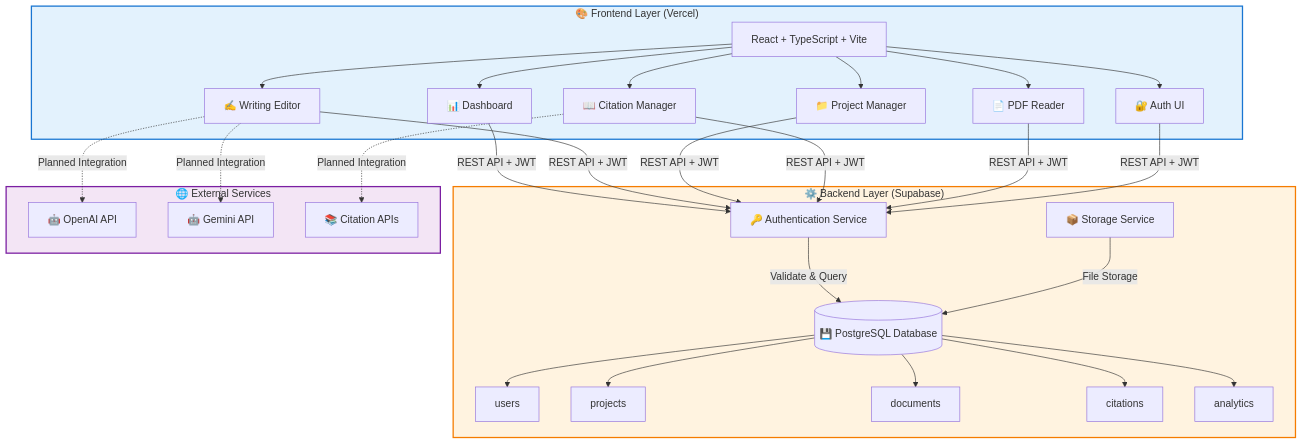
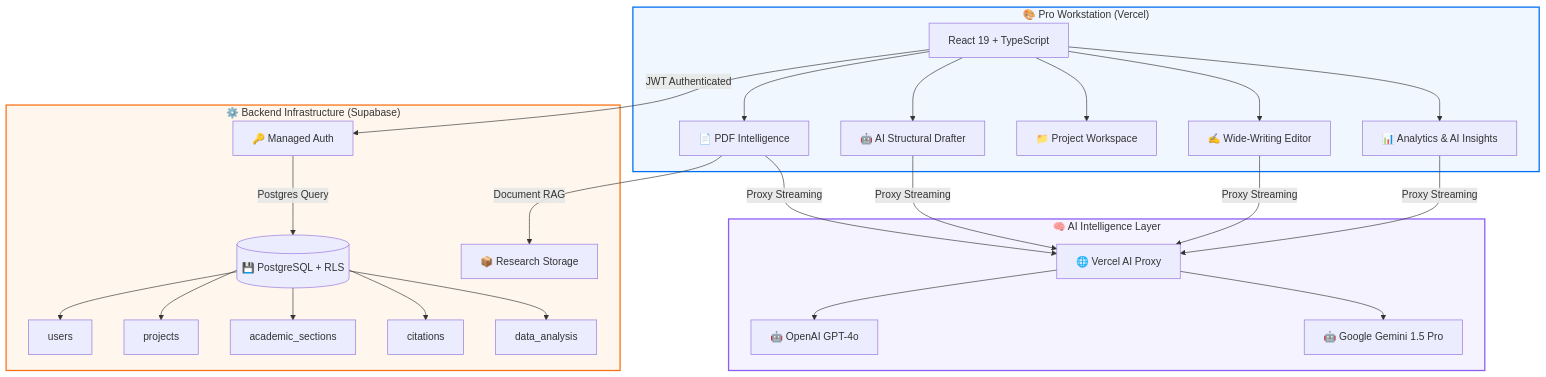
The diagram in README.md (Teleiosite/writewise-agent), drawn with Mermaid before and after one commit. The commit also changed other lines of this file, not shown here.

Commit message:
docs: major README overhaul to reflect high-fidelity AI workstation transformation

````diff
--- a/README.md
+++ b/README.md
@@ -76,42 +73,39 @@
 ```mermaid
 graph TB
-    subgraph Frontend["🎨 Frontend Layer (Vercel)"]
-        A[React + TypeScript + Vite]
-        A --> B[📊 Dashboard]
-        A --> C[✍️ Writing Editor]
-        A --> D[📁 Project Manager]
-        A --> E[📖 Citation Manager]
-        A --> F[📄 PDF Reader]
-        A --> G[🔐 Auth UI]
+    subgraph Frontend["🎨 Pro Workstation (Vercel)"]
+        A[React 19 + TypeScript]
+        A --> B[📊 Analytics & AI Insights]
+        A --> C[✍️ Wide-Writing Editor]
+        A --> D[📁 Project Workspace]
+        A --> E[🤖 AI Structural Drafter]
+        A --> F[📄 PDF Intelligence]
     end
 
-    subgraph Backend["⚙️ Backend Layer (Supabase)"]
-        H[(💾 PostgreSQL Database)]
-        I[🔑 Authentication Service]
-        J[📦 Storage Service]
+    subgraph Backend["⚙️ Backend Infrastructure (Supabase)"]
+        H[(💾 PostgreSQL + RLS)]
+        I[🔑 Managed Auth]
+        J[📦 Research Storage]
         
         H --> H1[users]
         H --> H2[projects]
-        H --> H3[documents]
+        H --> H3[academic_sections]
         H --> H4[citations]
-        H --> H5[analytics]
+        H --> H5[data_analysis]
     end
 
-    subgraph External["🌐 External Services"]
-        K[🤖 OpenAI API]
-        L[🤖 Gemini API]
-        M[📚 Citation APIs]
+    subgraph AI_Core["🧠 AI Intelligence Layer"]
+        K[🤖 OpenAI GPT-4o]
+        L[🤖 Google Gemini 1.5 Pro]
+        M[🌐 Vercel AI Proxy]
     end
 
-    B & C & D & E & F & G -->|REST API + JWT| I
-    I -->|Validate & Query| H
-    J -->|File Storage| H
+    B & C & E & F -->|Proxy Streaming| M
+    M --> K & L
+    A -->|JWT Authenticated| I
+    I -->|Postgres Query| H
+    F -->|Document RAG| J
 
-    C -.->|Planned Integration| K
-    C -.->|Planned Integration| L
-    E -.->|Planned Integration| M
-
-    style Frontend fill:#e3f2fd,stroke:#1976d2,stroke-width:2px
-    style Backend fill:#fff3e0,stroke:#f57c00,stroke-width:2px
-    style External fill:#f3e5f5,stroke:#7b1fa2,stroke-width:2px
+    style Frontend fill:#f0f7ff,stroke:#0070f3,stroke-width:2px
+    style Backend fill:#fff7ed,stroke:#f97316,stroke-width:2px
+    style AI_Core fill:#f5f3ff,stroke:#8b5cf6,stroke-width:2px
 ```
````
